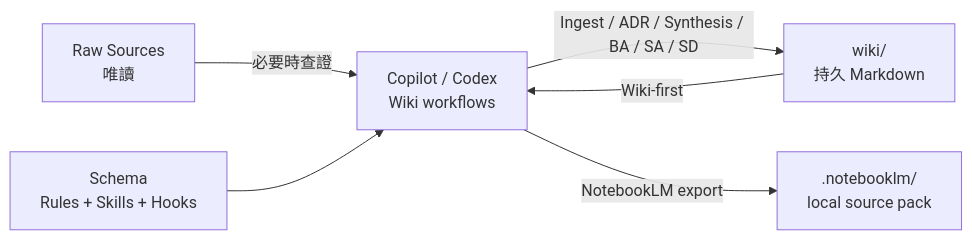
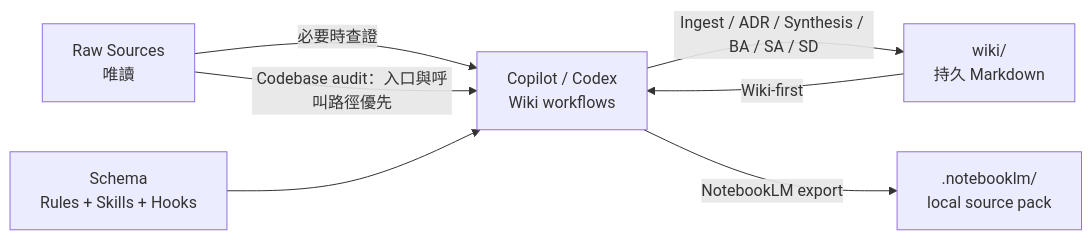
Before and after one commit to dennis8499/code-base-llm-wiki: the diagram in README.md, drawn with Mermaid. The commit also changed other lines of this file and 30 other files, not shown here.

First line of the commit message:
feat: 更新 Codebase 健檢流程為 source-first，並強調 Wiki 僅作為補充

````diff
--- a/README.md
+++ b/README.md
@@ -86,8 +86,9 @@
 ```mermaid
 flowchart LR
     Source[Raw Sources\n唯讀] -->|必要時查證| Agent[Copilot / Codex\nWiki workflows]
     Wiki[wiki/\n持久 Markdown] -->|Wiki-first| Agent
+    Source -->|Codebase audit：入口與呼叫路徑優先| Agent
     Agent -->|Ingest / ADR / Synthesis / BA / SA / SD| Wiki
     Agent -->|NotebookLM export| Pack[.notebooklm/\nlocal source pack]
     Schema[Schema\nRules + Skills + Hooks] --> Agent
 ```
````
